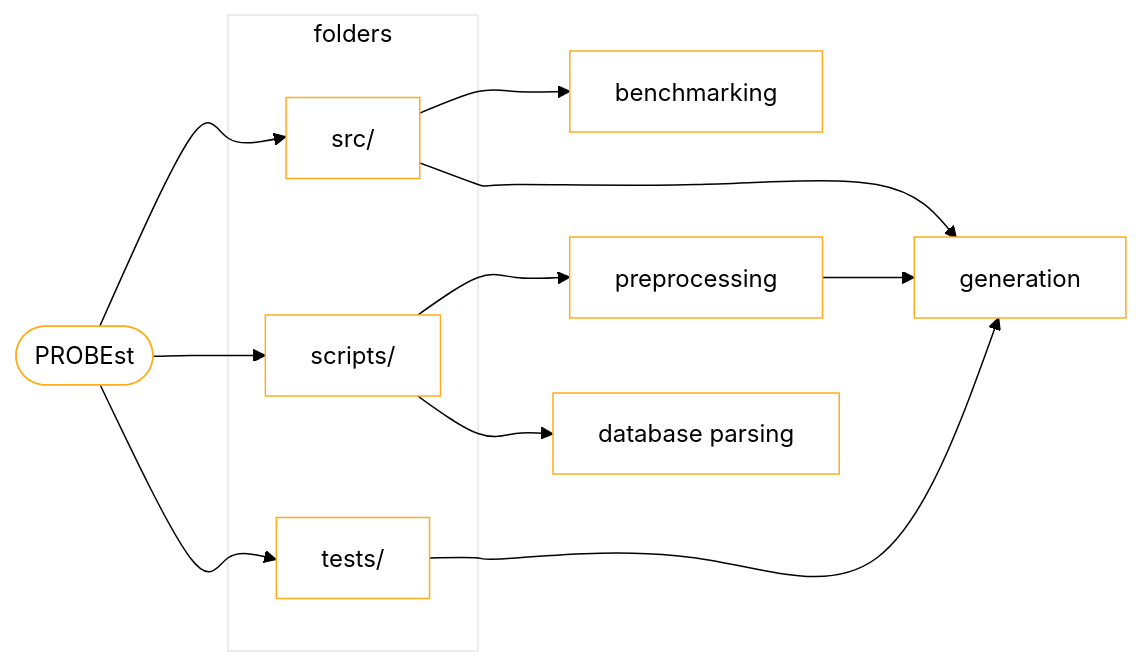
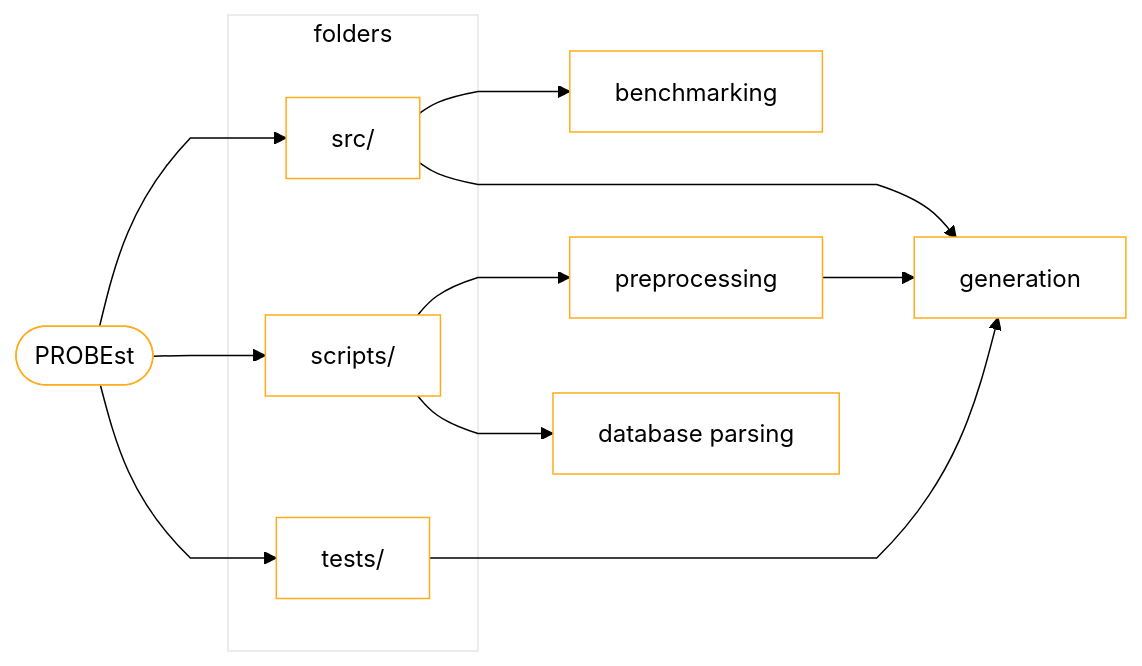
The third of 3 diagrams in README.md (CTLab-ITMO/PROBEst), drawn with Mermaid before and after one commit. The commit also changed other lines of this file, not shown here.

Commit message:
mermaid fix

````diff
--- a/README.md
+++ b/README.md
@@ -229,44 +230,44 @@
 ```mermaid
 ---
 config:
   theme: neutral
   look: classic
 ---
 %%{init: {
   'theme': 'base',
   'themeVariables': {
     'fontFamily': 'arial',
     'fontSize': '16px',
     'primaryColor': '#fff',
     'primaryBorderColor': '#FFAC1C',
     'primaryTextColor': '#000',
     'lineColor': '#000',
     'secondaryColor': '#90EE90',
     'tertiaryColor': '#fff',
     'subgraphBorderStyle': 'dotted'
   },
   'flowchart': {
-    'curve': 'natural',
+    'curve': 'monotoneY',
     'padding': 15
   }
 }}%%
 
 graph LR
     PROBEst([PROBEst]) --> src[src/]
     PROBEst --> scripts[scripts/]
     PROBEst --> tests[tests/]
 
     subgraph folders
     src
     scripts
     tests
     end
     
     src --> C[benchmarking]
     src --> A[generation]
     tests --> A
     
     scripts --> D[preprocessing]
     scripts --> B[database parsing]
     D --> A
 ```
````
